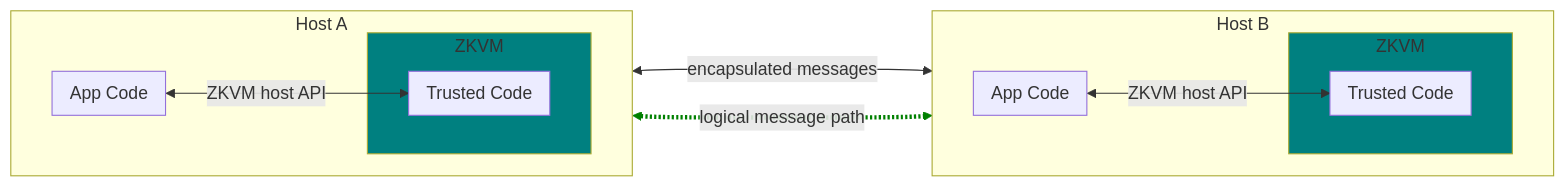
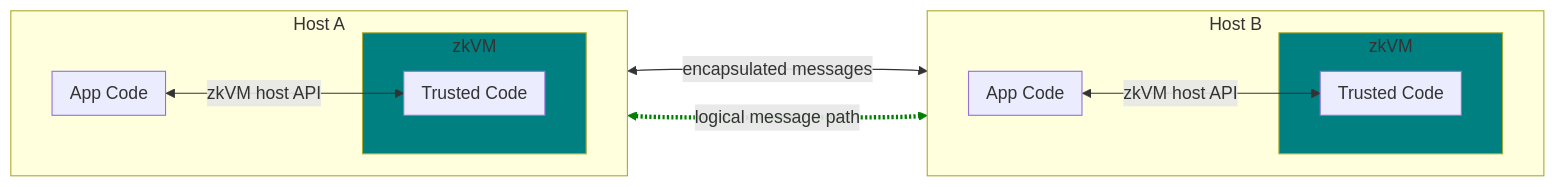
Before and after one commit to risc0/website: the first of 4 diagrams in docs/explainers/zkvm/battleship_rust_explainer.md, drawn with Mermaid. The commit also changed other lines of this file and 4 other files, not shown here.

````diff
--- a/docs/explainers/zkvm/battleship_rust_explainer.md
+++ b/docs/explainers/zkvm/battleship_rust_explainer.md
@@ -81,34 +81,34 @@
 ```mermaid
 flowchart LR
     subgraph AA [Host A]
         direction LR
         subgraph AA.A [App Code]
         end
-        subgraph AA.B [ZKVM]
+        subgraph AA.B [zkVM]
             subgraph AA.C [Trusted Code]
             end
         end
         class AA.B SecureBox
         %% class must be applied after object defined!
-        AA.A <-- ZKVM host API --> AA.C
+        AA.A <-- zkVM host API --> AA.C
     end
 
     subgraph BB [Host B]
         direction LR
         subgraph BB.A [App Code]
         end
-        subgraph BB.B [ZKVM]
+        subgraph BB.B [zkVM]
             subgraph BB.C [Trusted Code]
             end
         end
         class BB.B SecureBox
-        BB.A <-- ZKVM host API --> BB.C
+        BB.A <-- zkVM host API --> BB.C
     end
 
     AA.A <-- encapsulated messages ---> BB.A
     AA.C <-. logical message path .-> BB.C
     linkStyle 3 stroke:green,stroke-width:4px;
     %% above has to be done by zero-indexed link ID!
 
     classDef SecureBox fill:teal
 ```
````
